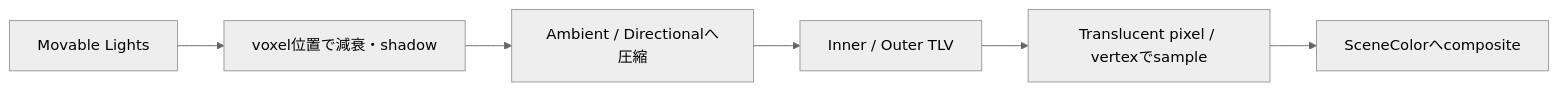
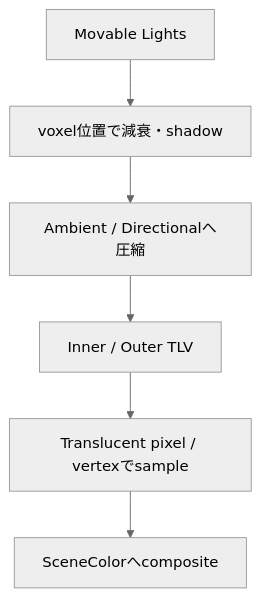
One commit to tomosud/Odyssey changed the diagram in UE_lighting/06_Lit Translucency.md. Above: the diagram before and after it, drawn with Mermaid (neutral theme). The commit also changed other lines of this file and 5 other files, not shown here.

````diff
--- a/UE_lighting/06_Lit Translucency.md
+++ b/UE_lighting/06_Lit Translucency.md
@@ -22,8 +22,8 @@
 ```mermaid
-flowchart LR
+flowchart TD
     L[Movable Lights] --> V[voxel位置で減衰・shadow]
     V --> SH[Ambient / Directionalへ圧縮]
     SH --> TLV[Inner / Outer TLV]
     TLV --> M[Translucent pixel / vertexでsample]
     M --> SC[SceneColorへcomposite]
 ```
````
